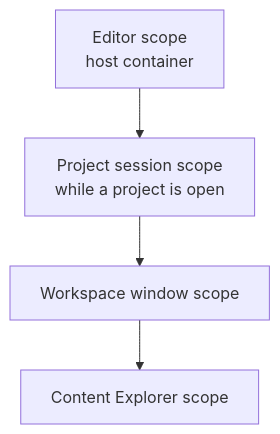
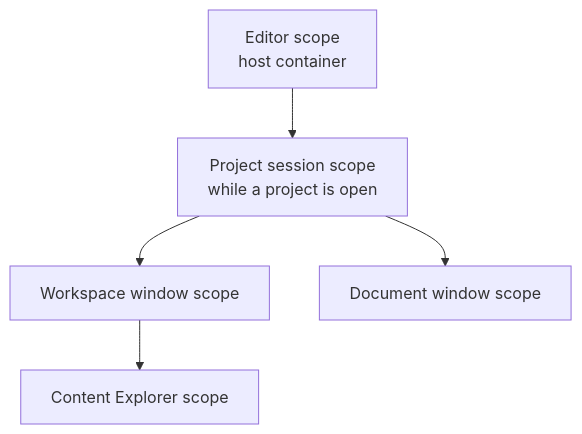
One commit to abdes/DroidNet changed the diagram in projects/Oxygen.Editor.Composition/README.md. Above: the diagram before and after it, drawn with Mermaid. The commit also changed other lines of this file and 60 other files, not shown here.

````diff
--- a/projects/Oxygen.Editor.Composition/README.md
+++ b/projects/Oxygen.Editor.Composition/README.md
@@ -29,10 +41,12 @@
 ```mermaid
 flowchart TB
     Editor["Editor scope<br/>host container"]
     Session["Project session scope<br/>while a project is open"]
-    Window["Workspace window scope"]
+    Workspace["Workspace window scope"]
+    Document["Document window scope"]
     Explorer["Content Explorer scope"]
     Editor --> Session
-    Session --> Window
-    Window --> Explorer
+    Session --> Workspace
+    Session --> Document
+    Workspace --> Explorer
 ```
````
